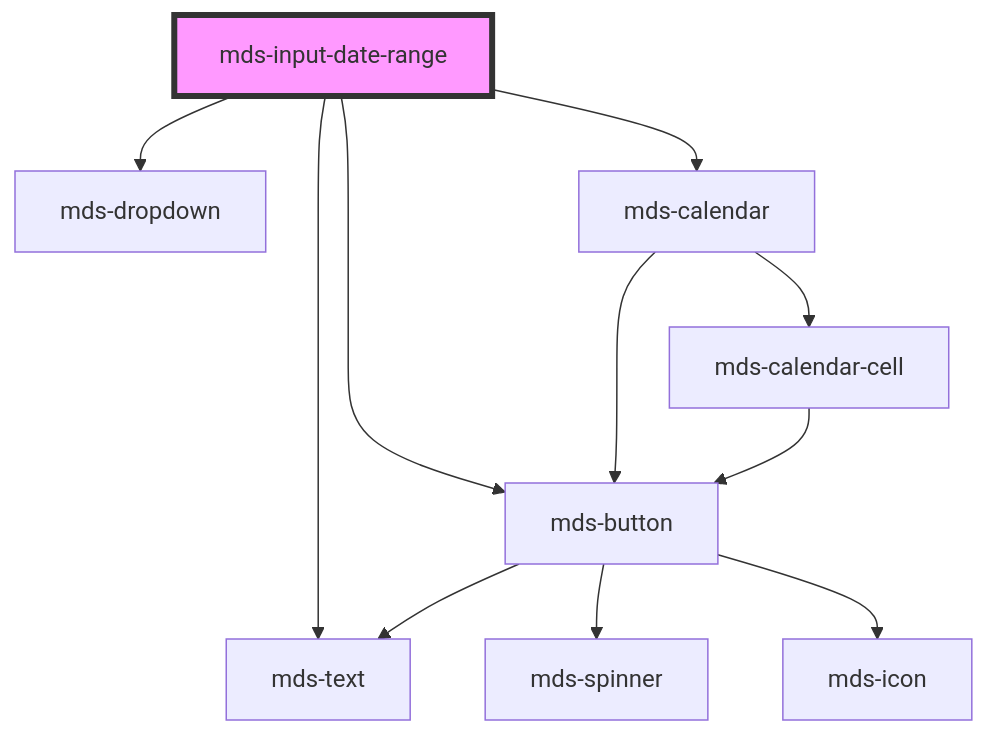
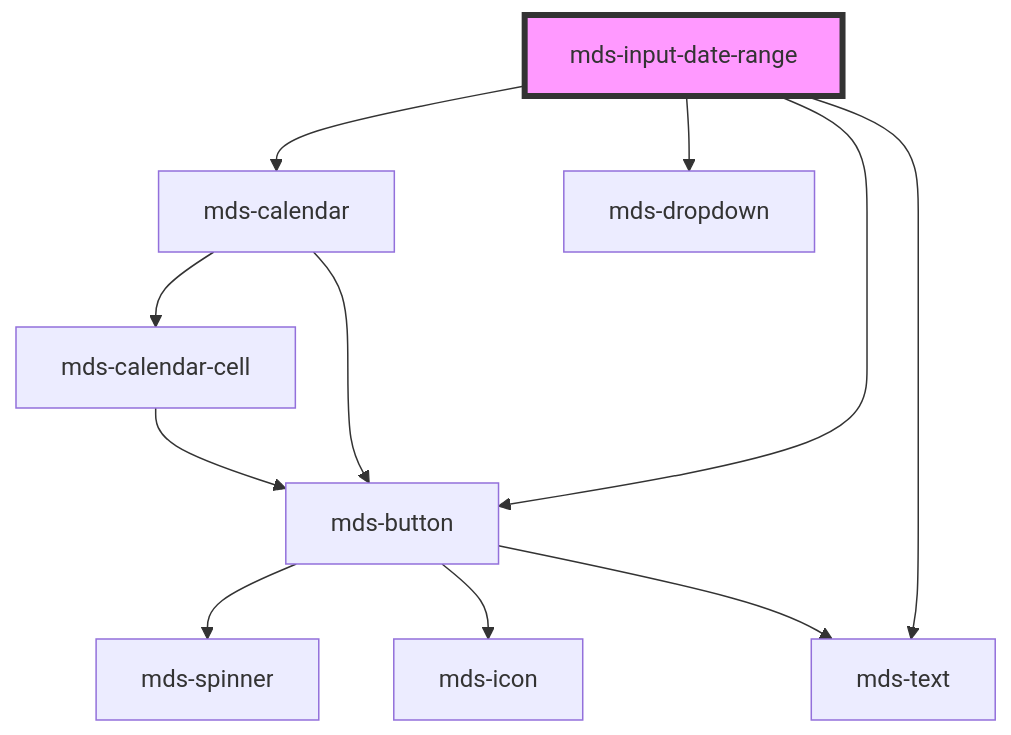
One commit to magma-design-system/magma changed the diagram in projects/stencil/src/components/mds-input-date-range/readme.md. Above: the diagram before and after it, drawn with Mermaid. The commit also changed other lines of this file and 13 other files, not shown here.

First line of the commit message:
feat(mds-calendar,mds-input-date,mds-input-date-range): port magma 1.12 from support/v1.x

````diff
--- a/projects/stencil/src/components/mds-input-date-range/readme.md
+++ b/projects/stencil/src/components/mds-input-date-range/readme.md
@@ -372,14 +370,14 @@
 ```mermaid
 graph TD;
+  mds-input-date-range --> mds-calendar
   mds-input-date-range --> mds-text
   mds-input-date-range --> mds-button
   mds-input-date-range --> mds-dropdown
-  mds-input-date-range --> mds-calendar
+  mds-calendar --> mds-button
+  mds-calendar --> mds-calendar-cell
   mds-button --> mds-spinner
   mds-button --> mds-icon
   mds-button --> mds-text
-  mds-calendar --> mds-button
-  mds-calendar --> mds-calendar-cell
   mds-calendar-cell --> mds-button
   style mds-input-date-range fill:#f9f,stroke:#333,stroke-width:4px
 ```
````
